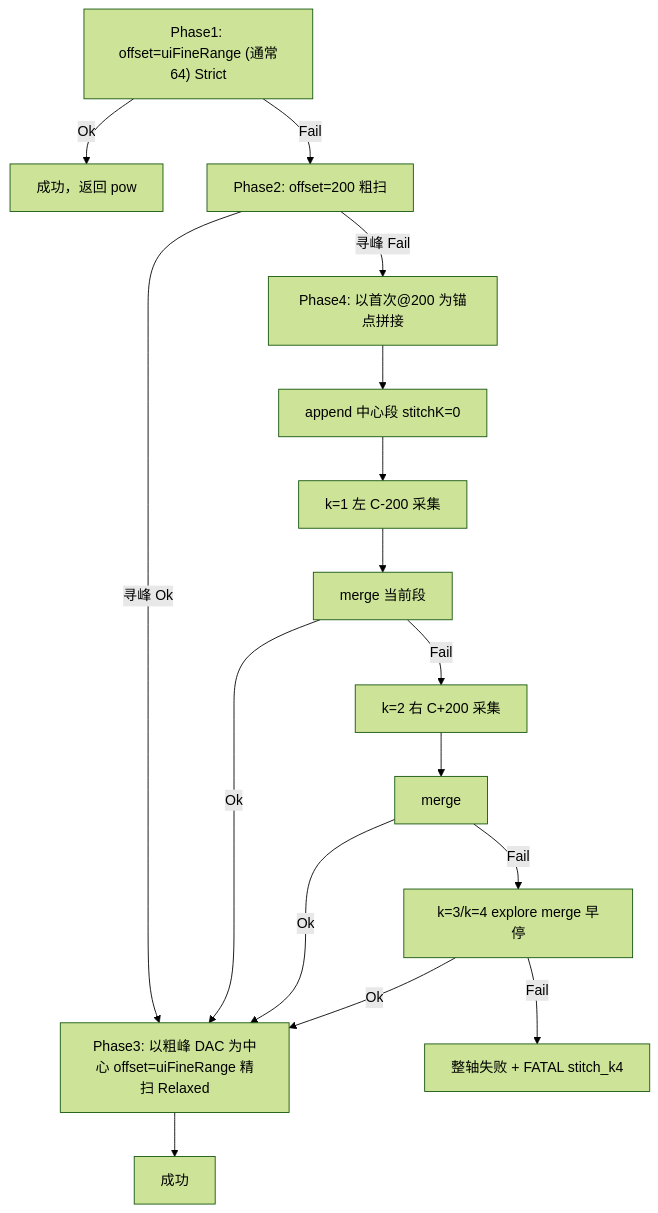
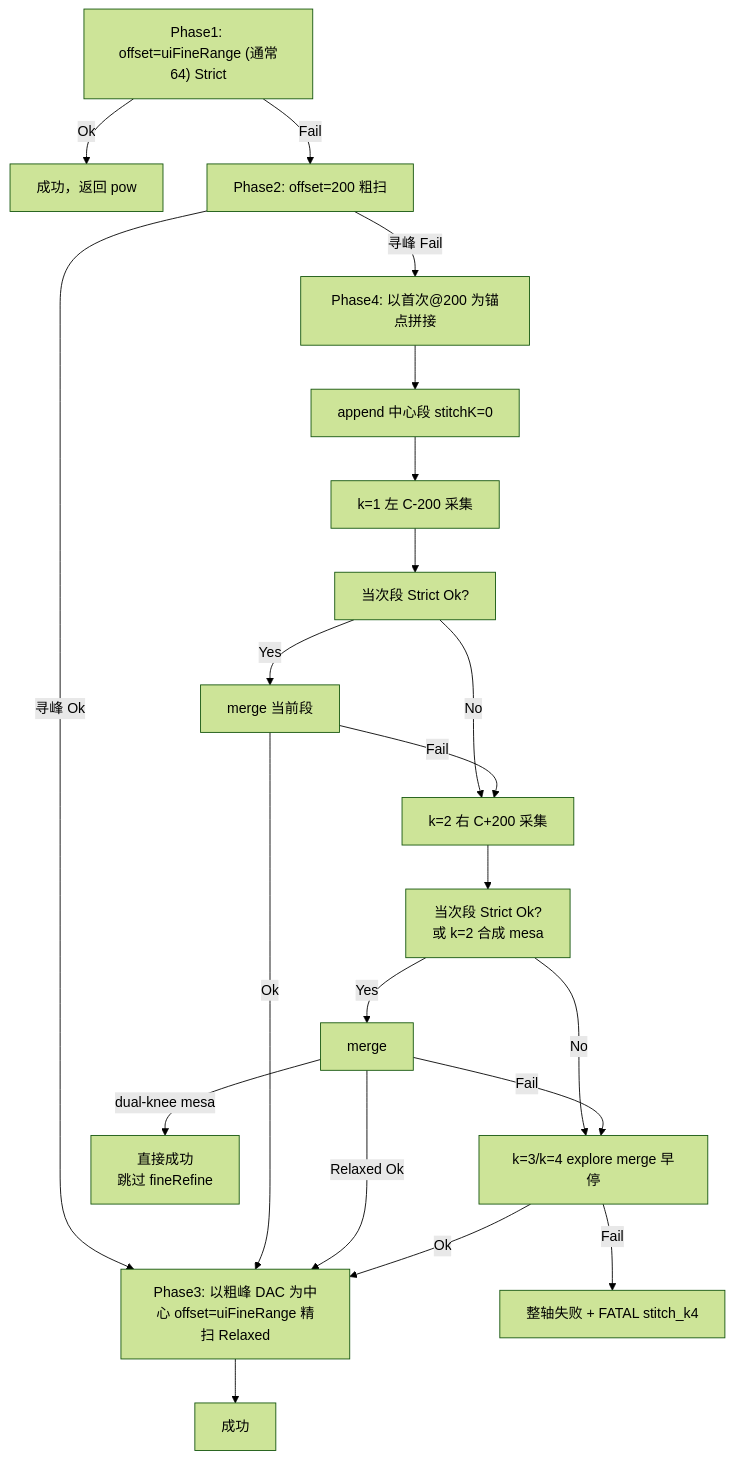
The diagram in doc/拼接式扫频重试算法.md (JacobLiou/Molex.OSBU.Module.M576Tool), drawn with Mermaid (forest theme) before and after one commit. The commit also changed other lines of this file and 15 other files, not shown here.

````diff
--- a/doc/拼接式扫频重试算法.md
+++ b/doc/拼接式扫频重试算法.md
@@ -26,18 +26,23 @@
 ```mermaid
 flowchart TD
   A["Phase1: offset=uiFineRange (通常64) Strict"] -->|Ok| OK64[成功，返回 pow]
   A -->|Fail| B["Phase2: offset=200 粗扫"]
   B -->|寻峰 Ok| C["Phase3: 以粗峰 DAC 为中心 offset=uiFineRange 精扫 Relaxed"]
   C --> OKfine[成功]
   B -->|寻峰 Fail| D["Phase4: 以首次@200 为锚点拼接"]
   D --> C0["append 中心段 stitchK=0"]
   C0 --> S1["k=1 左 C-200 采集"]
-  S1 --> M1["merge 当前段"]
+  S1 --> G1["当次段 Strict Ok?"]
+  G1 -->|No| S2["k=2 右 C+200 采集"]
+  G1 -->|Yes| M1["merge 当前段"]
   M1 -->|Ok| C
-  M1 -->|Fail| S2["k=2 右 C+200 采集"]
-  S2 --> M2["merge"]
-  M2 -->|Ok| C
+  M1 -->|Fail| S2
+  S2 --> G2["当次段 Strict Ok?\n或 k=2 合成 mesa"]
+  G2 -->|No| E1["k=3/k=4 explore"]
+  G2 -->|Yes| M2["merge"]
+  M2 -->|dual-knee mesa| OKmesa["直接成功\n跳过 fineRefine"]
+  M2 -->|Relaxed Ok| C
   M2 -->|Fail| E1["k=3/k=4 explore merge 早停"]
   E1 -->|Ok| C
   E1 -->|Fail| FAIL["整轴失败 + FATAL stitch_k4"]
 ```
````
